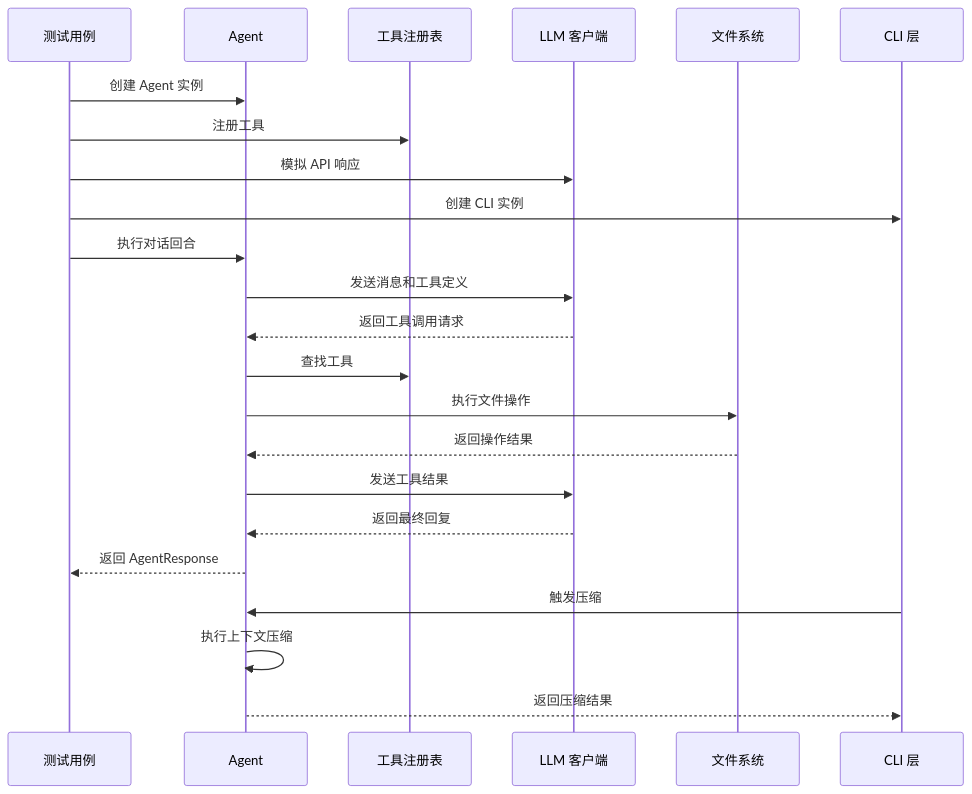
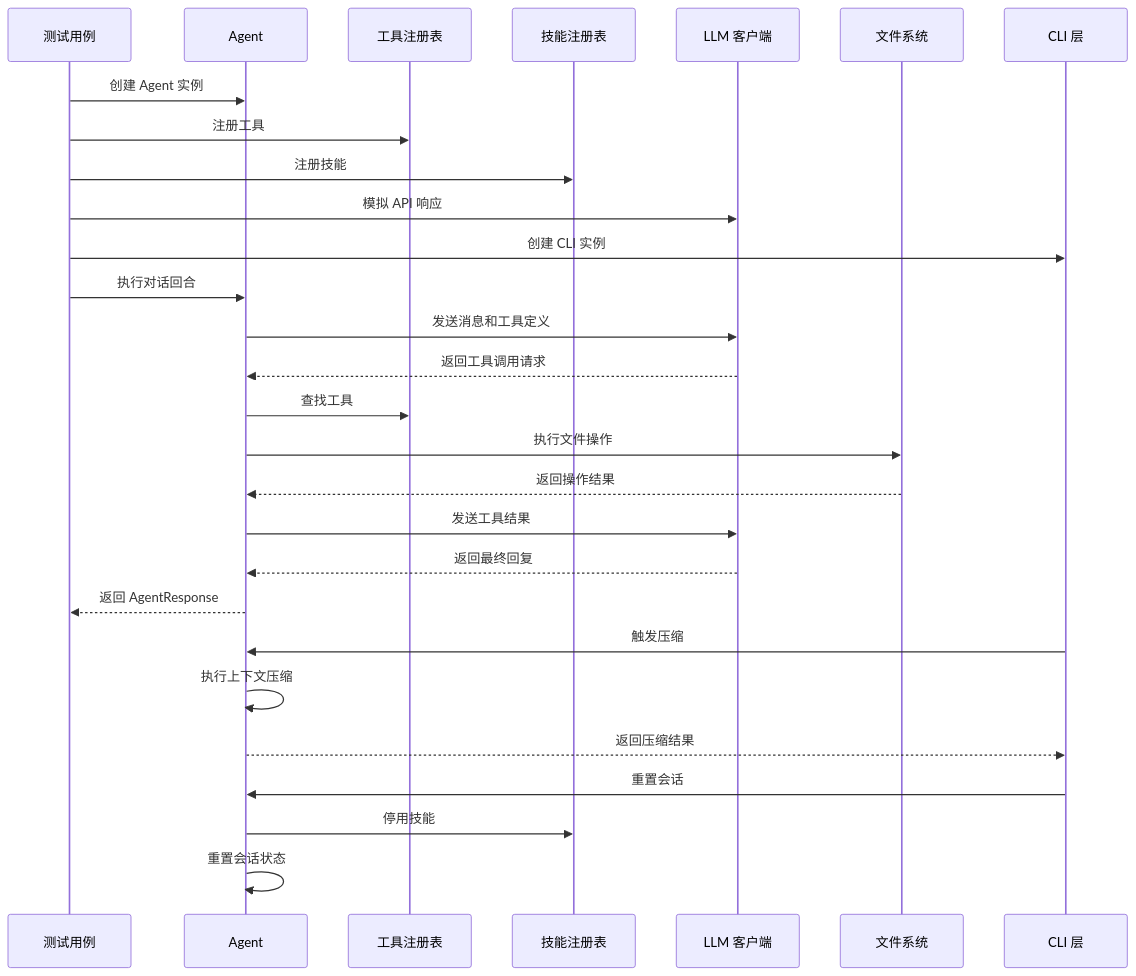
The third of 7 diagrams in .qoder/repowiki/zh/content/扩展开发/集成测试.md (250shiwo/MySmallAgent), drawn with Mermaid before and after one commit. The commit also changed other lines of this file and 31 other files, not shown here.

````diff
--- a/.qoder/repowiki/zh/content/扩展开发/集成测试.md
+++ b/.qoder/repowiki/zh/content/扩展开发/集成测试.md
@@ -273,25 +332,30 @@
 ```mermaid
 sequenceDiagram
 participant Test as 测试用例
 participant Agent as Agent
 participant Registry as 工具注册表
+participant SkillReg as 技能注册表
 participant LLM as LLM 客户端
 participant FS as 文件系统
 participant CLI as CLI 层
 Test->>Agent : 创建 Agent 实例
 Test->>Registry : 注册工具
+Test->>SkillReg : 注册技能
 Test->>LLM : 模拟 API 响应
 Test->>CLI : 创建 CLI 实例
 Test->>Agent : 执行对话回合
 Agent->>LLM : 发送消息和工具定义
 LLM-->>Agent : 返回工具调用请求
 Agent->>Registry : 查找工具
 Agent->>FS : 执行文件操作
 FS-->>Agent : 返回操作结果
 Agent->>LLM : 发送工具结果
 LLM-->>Agent : 返回最终回复
 Agent-->>Test : 返回 AgentResponse
 CLI->>Agent : 触发压缩
 Agent->>Agent : 执行上下文压缩
 Agent-->>CLI : 返回压缩结果
+CLI->>Agent : 重置会话
+Agent->>SkillReg : 停用技能
+Agent->>Agent : 重置会话状态
 ```
````
